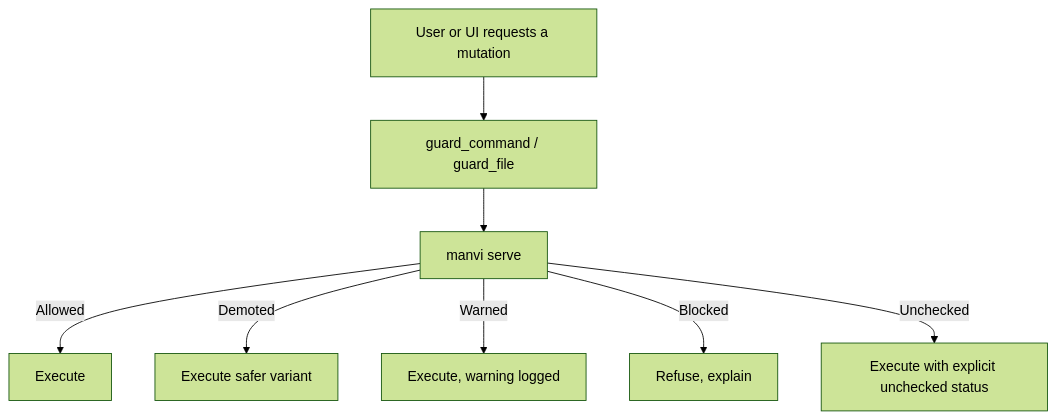
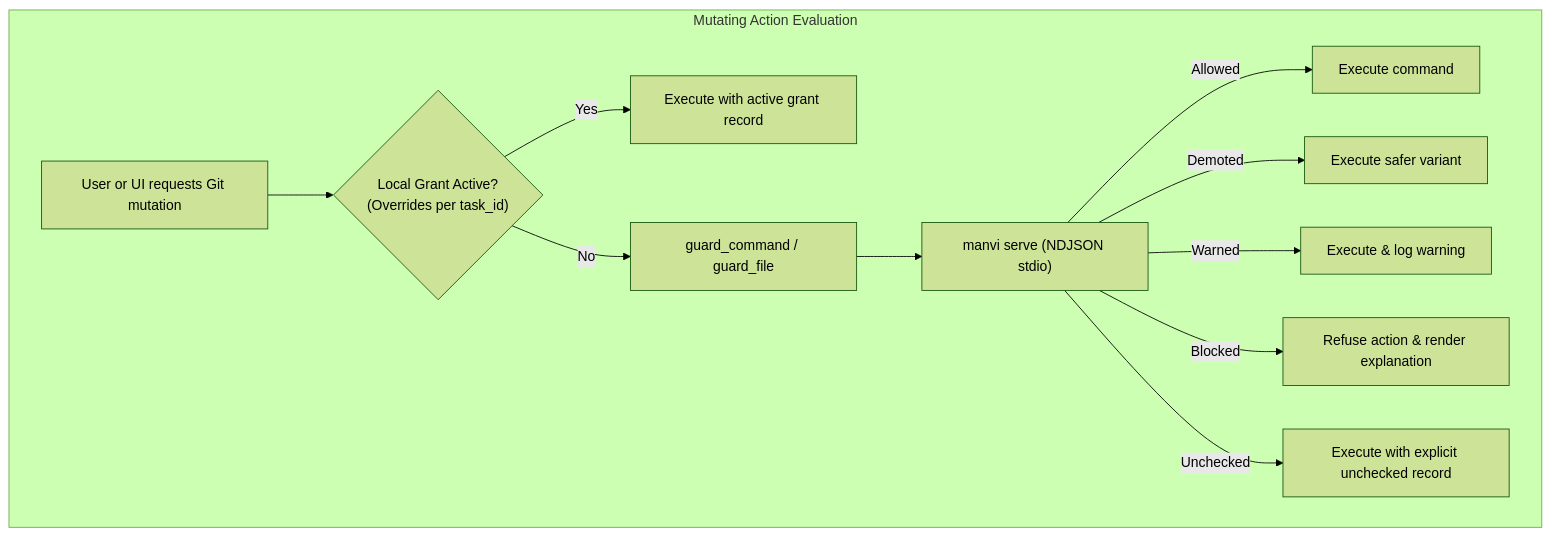
The first of 2 diagrams in wiki/Policy and AI.md (bharathvbcr/GitPulse), drawn with Mermaid (forest theme) before and after one commit. The commit also changed other lines of this file and 6 other files, not shown here.

First line of the commit message:
docs: modernize architecture and integration diagrams across docs and wiki

````diff
--- a/wiki/Policy and AI.md
+++ b/wiki/Policy and AI.md
@@ -5,10 +5,14 @@
 ```mermaid
 flowchart TD
-    Action["User or UI requests a mutation"] --> Gate["guard_command / guard_file"]
-    Gate --> Harness["manvi serve"]
-    Harness -->|Allowed| Run["Execute"]
-    Harness -->|Demoted| RunSafe["Execute safer variant"]
-    Harness -->|Warned| RunWarn["Execute, warning logged"]
-    Harness -->|Blocked| Refuse["Refuse, explain"]
-    Harness -->|Unchecked| RunUnchecked["Execute with explicit unchecked status"]
+    subgraph MutationFlow["Mutating Action Evaluation"]
+        Action["User or UI requests Git mutation"] --> Grants{"Local Grant Active?<br/>(Overrides per task_id)"}
+        Grants -->|Yes| RunFast["Execute with active grant record"]
+        Grants -->|No| Gate["guard_command / guard_file"]
+        Gate --> Harness["manvi serve (NDJSON stdio)"]
+        Harness -->|Allowed| Run["Execute command"]
+        Harness -->|Demoted| RunSafe["Execute safer variant"]
+        Harness -->|Warned| RunWarn["Execute & log warning"]
+        Harness -->|Blocked| Refuse["Refuse action & render explanation"]
+        Harness -->|Unchecked| RunUnchecked["Execute with explicit unchecked record"]
+    end
 ```
````
